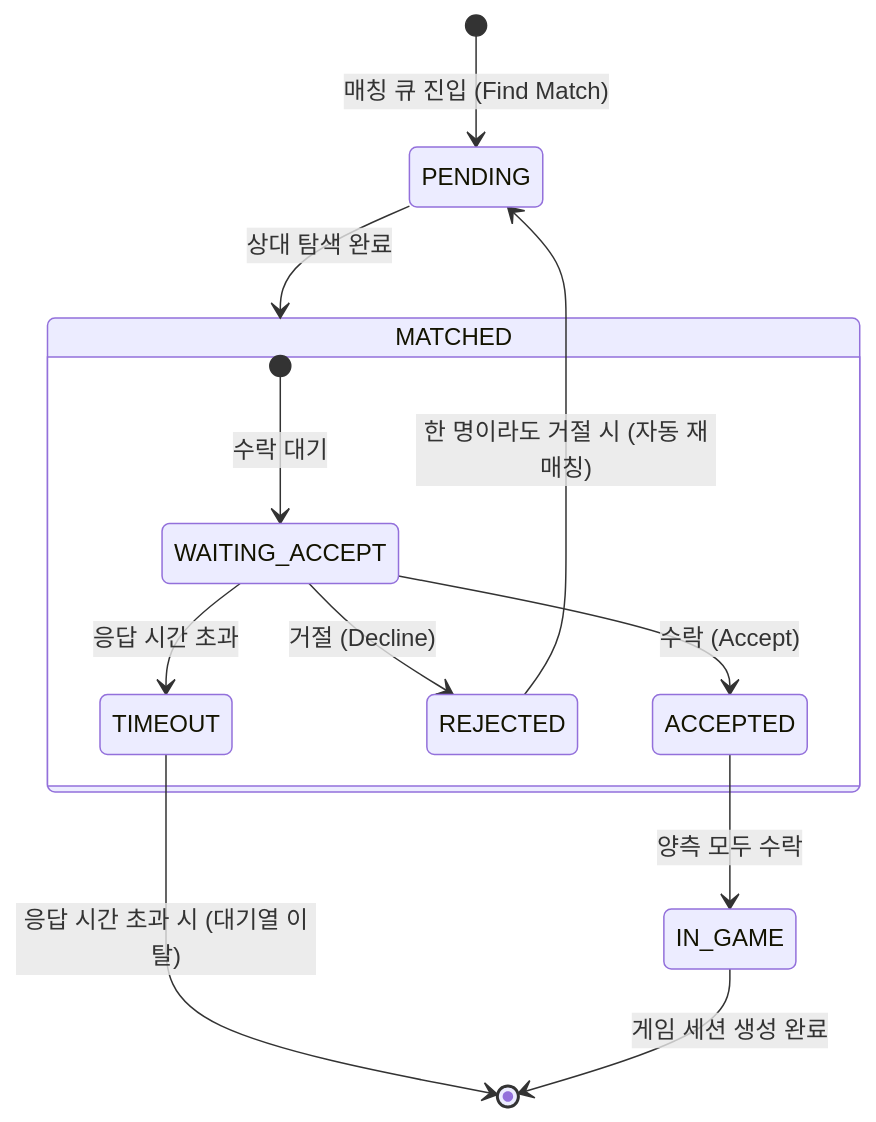
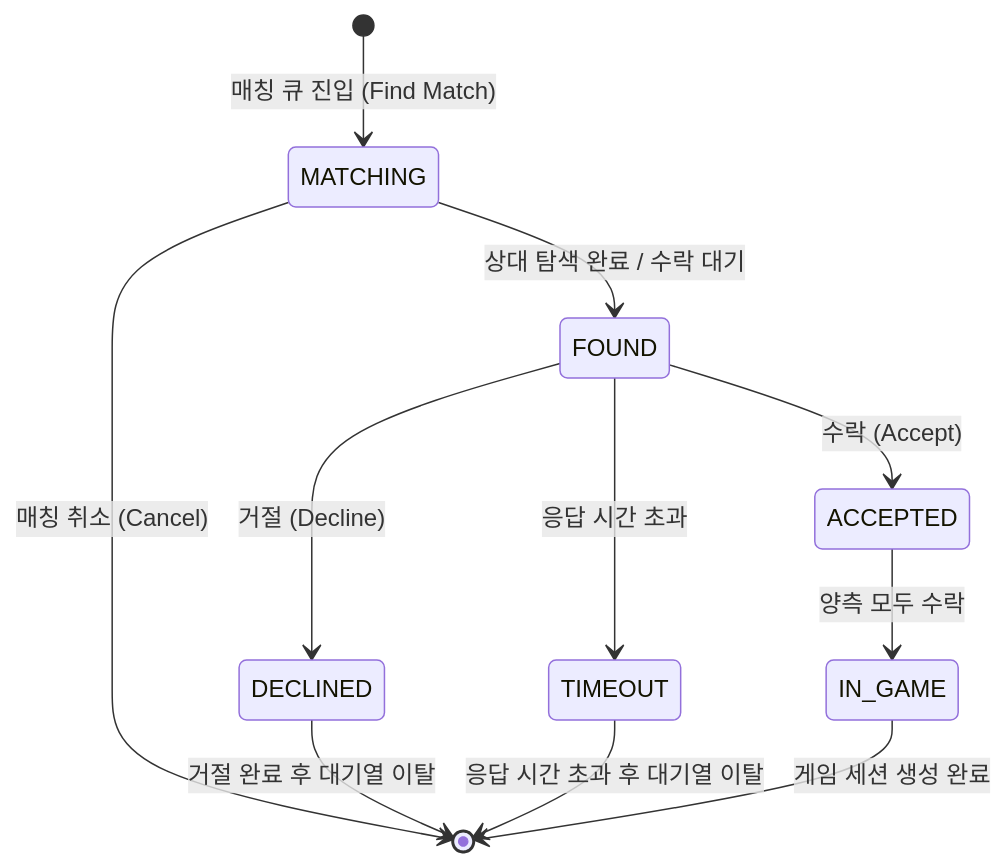
The second of 4 diagrams in docs/project/domain status.md (moonwhistle/League-of-Star), drawn with Mermaid before and after one commit. The commit also changed 4 other files, not shown here.

````diff
--- a/docs/project/domain status.md
+++ b/docs/project/domain status.md
@@ -23,18 +23,16 @@
 ```mermaid
 stateDiagram-v2
-    [*] --> PENDING: 매칭 큐 진입 (Find Match)
-    PENDING --> MATCHED: 상대 탐색 완료
-    
-    state MATCHED {
-        [*] --> WAITING_ACCEPT: 수락 대기
-        WAITING_ACCEPT --> ACCEPTED: 수락 (Accept)
-        WAITING_ACCEPT --> REJECTED: 거절 (Decline)
-        WAITING_ACCEPT --> TIMEOUT: 응답 시간 초과
-    }
-    
+    [*] --> MATCHING: 매칭 큐 진입 (Find Match)
+    MATCHING --> [*]: 매칭 취소 (Cancel)
+    MATCHING --> FOUND: 상대 탐색 완료 / 수락 대기
+
+    FOUND --> ACCEPTED: 수락 (Accept)
+    FOUND --> DECLINED: 거절 (Decline)
+    FOUND --> TIMEOUT: 응답 시간 초과
+
     ACCEPTED --> IN_GAME: 양측 모두 수락
-    REJECTED --> PENDING: 한 명이라도 거절 시 (자동 재매칭)
-    TIMEOUT --> [*]: 응답 시간 초과 시 (대기열 이탈)
-    
+    DECLINED --> [*]: 거절 완료 후 대기열 이탈
+    TIMEOUT --> [*]: 응답 시간 초과 후 대기열 이탈
+
     IN_GAME --> [*]: 게임 세션 생성 완료
 ```
````
